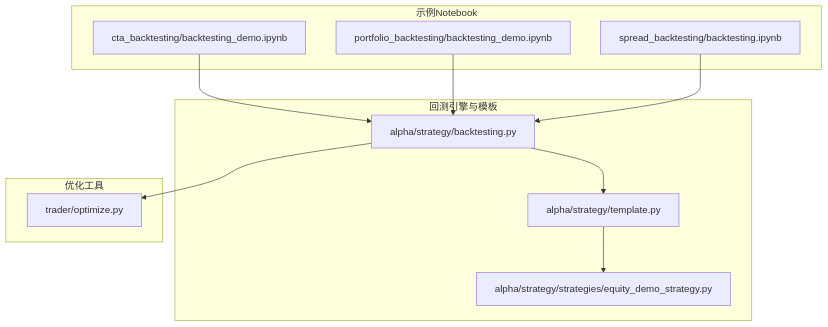
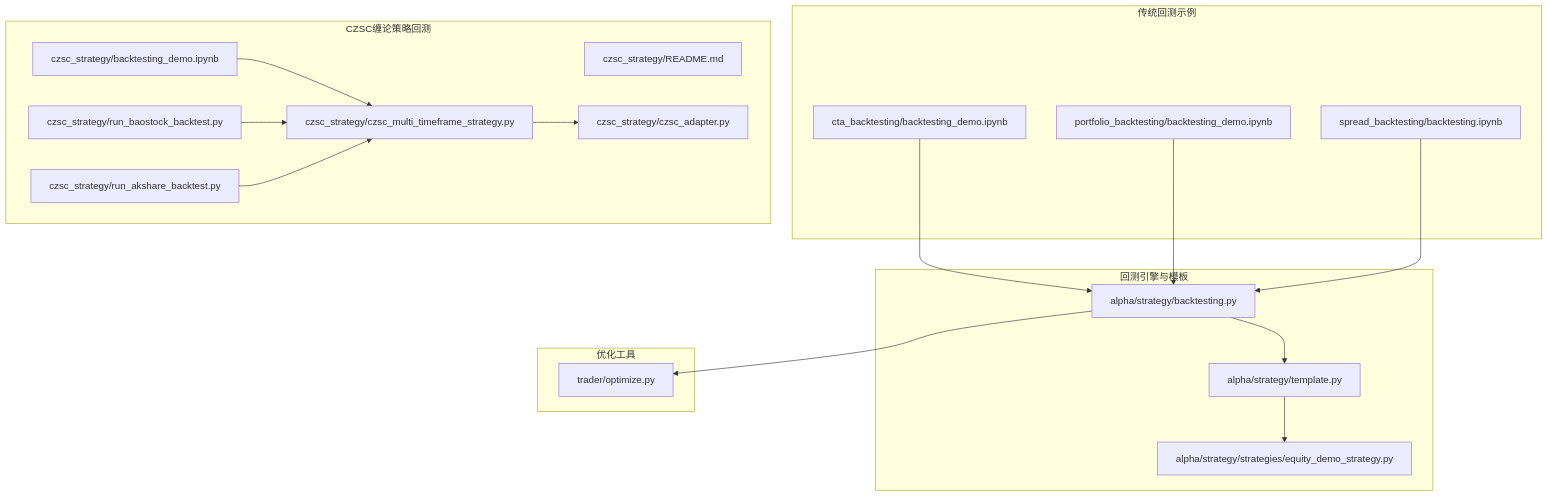
The first of 9 diagrams in .qoder/repowiki/zh/content/示例和教程/回测示例.md (maxtwoon/vnpy), drawn with Mermaid before and after one commit. The commit also changed other lines of this file and 3 other files, not shown here.

````diff
--- a/.qoder/repowiki/zh/content/示例和教程/回测示例.md
+++ b/.qoder/repowiki/zh/content/示例和教程/回测示例.md
@@ -32,22 +38,34 @@
 ```mermaid
 graph TB
-subgraph "示例Notebook"
+subgraph "传统回测示例"
 CTA["cta_backtesting/backtesting_demo.ipynb"]
 PORT["portfolio_backtesting/backtesting_demo.ipynb"]
 SPREAD["spread_backtesting/backtesting.ipynb"]
+end
+subgraph "CZSC缠论策略回测"
+CZSC_README["czsc_strategy/README.md"]
+CZSC_NOTEBOOK["czsc_strategy/backtesting_demo.ipynb"]
+CZSC_STRATEGY["czsc_strategy/czsc_multi_timeframe_strategy.py"]
+CZSC_ADAPTER["czsc_strategy/czsc_adapter.py"]
+BAOSTOCK["czsc_strategy/run_baostock_backtest.py"]
+AKSHARE["czsc_strategy/run_akshare_backtest.py"]
 end
 subgraph "回测引擎与模板"
 BACK["alpha/strategy/backtesting.py"]
 TPL["alpha/strategy/template.py"]
 STRAT["alpha/strategy/strategies/equity_demo_strategy.py"]
 end
 subgraph "优化工具"
 OPT["trader/optimize.py"]
 end
 CTA --> BACK
 PORT --> BACK
 SPREAD --> BACK
+CZSC_NOTEBOOK --> CZSC_STRATEGY
+CZSC_STRATEGY --> CZSC_ADAPTER
+BAOSTOCK --> CZSC_STRATEGY
+AKSHARE --> CZSC_STRATEGY
 BACK --> TPL
 TPL --> STRAT
 BACK --> OPT
 ```
````
